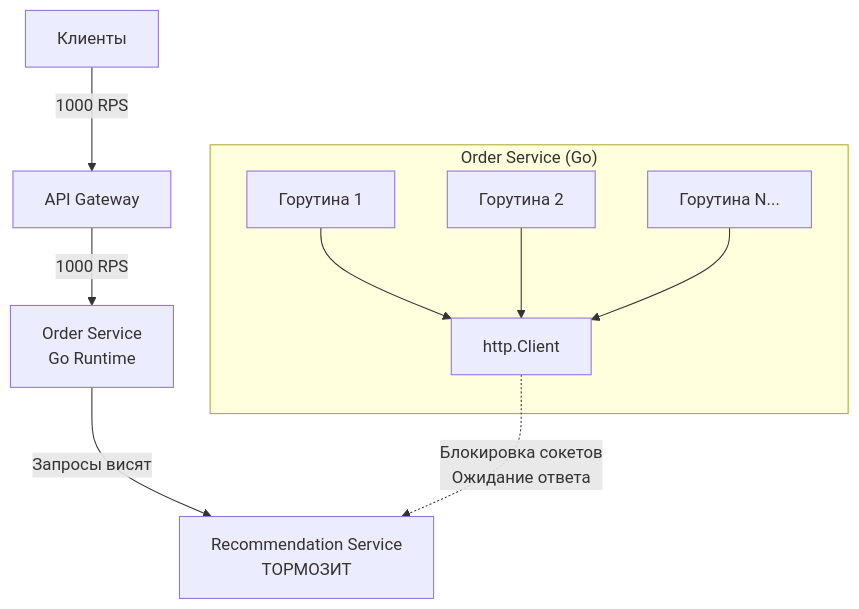
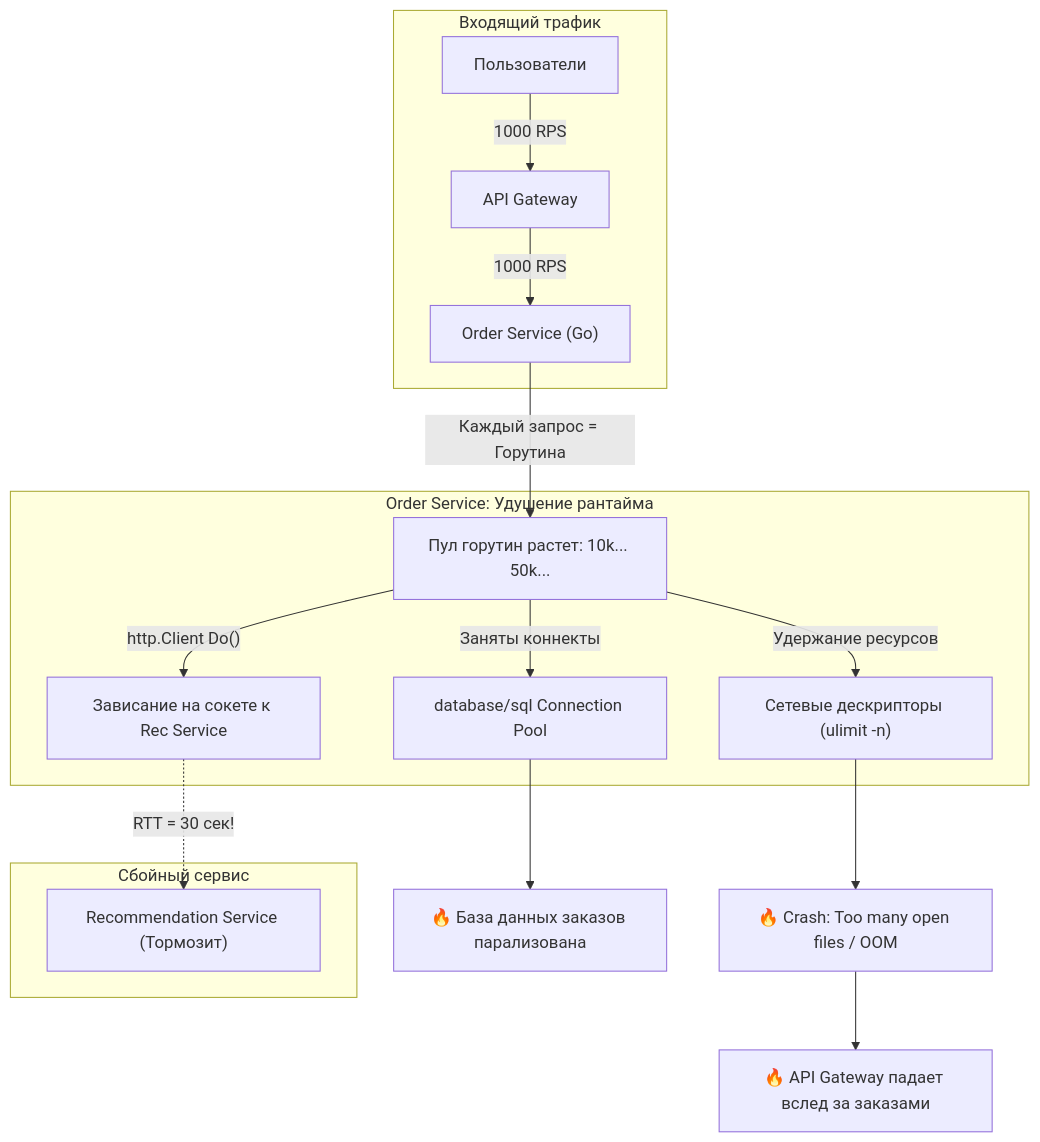
Before and after one commit to UnrealTemplier/go-textbook: the second of 4 diagrams in sources/14. Распределенные системы на Go/01. Основы/2. Проблемы распределенных систем.md, drawn with Mermaid. The commit also changed other lines of this file, not shown here.

````diff
--- a/sources/14. Распределенные системы на Go/01. Основы/2. Проблемы распределенных систем.md
+++ b/sources/14. Распределенные системы на Go/01. Основы/2. Проблемы распределенных систем.md
@@ -27,15 +68,22 @@
 ```mermaid
 flowchart TD
-    Client["Клиенты"] -->|"1000 RPS"| API["API Gateway"]
-    API -->|"1000 RPS"| Order["Order Service<br>Go Runtime"]
-    
-    subgraph GoRuntime ["Order Service (Go)"]
-        G1["Горутина 1"] --> HTTPClient["http.Client"]
-        G2["Горутина 2"] --> HTTPClient
-        GN["Горутина N..."] --> HTTPClient
+    subgraph Ingress ["Входящий трафик"]
+        C["Пользователи"] -->|"1000 RPS"| GW["API Gateway"]
+        GW -->|"1000 RPS"| OS["Order Service (Go)"]
     end
-    
-    Order -->|"Запросы висят"| Rec["Recommendation Service<br>ТОРМОЗИТ"]
-    
-    HTTPClient -.->|"Блокировка сокетов<br>Ожидание ответа"| Rec
+
+    subgraph GoRuntime ["Order Service: Удушение рантайма"]
+        OS -->|"Каждый запрос = Горутина"| Pool["Пул горутин растет: 10k... 50k..."]
+        Pool -->|"Удержание ресурсов"| FD["Сетевые дескрипторы (ulimit -n)"]
+        Pool -->|"Заняты коннекты"| DB["database/sql Connection Pool"]
+        Pool -->|"http.Client Do()"| Ext["Зависание на сокете к Rec Service"]
+    end
+
+    subgraph Downstream ["Сбойный сервис"]
+        Ext -.->|"RTT = 30 сек!"| Rec["Recommendation Service (Тормозит)"]
+    end
+
+    FD --> Crash["🔥 Crash: Too many open files / OOM"]
+    DB --> Starvation["🔥 База данных заказов парализована"]
+    Crash --> TotalDown["🔥 API Gateway падает вслед за заказами"]
 ```
````
